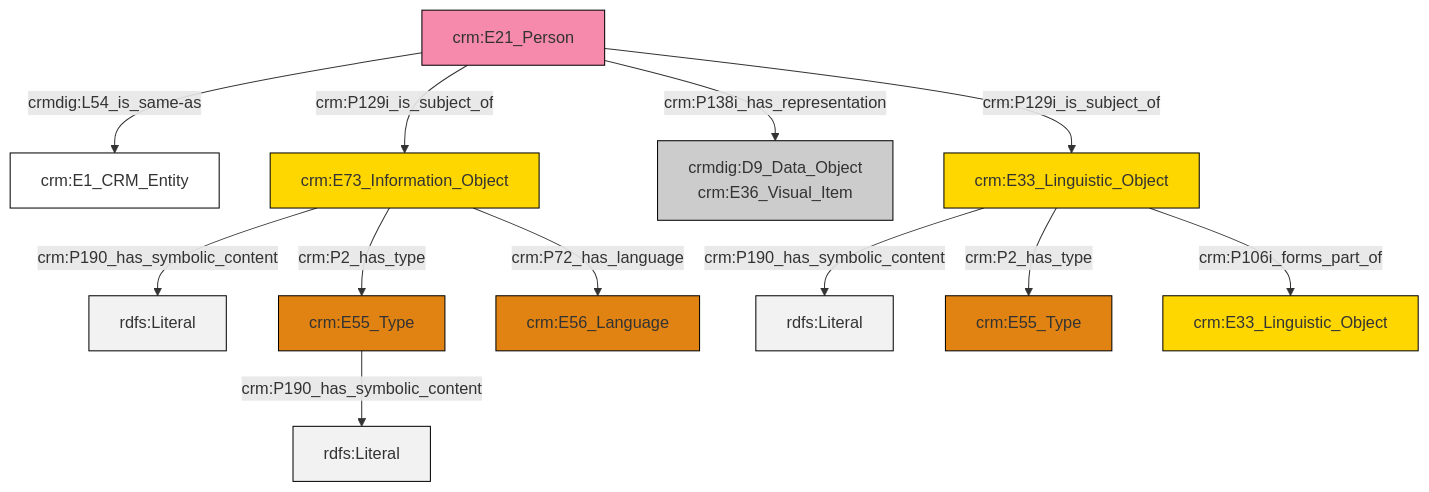
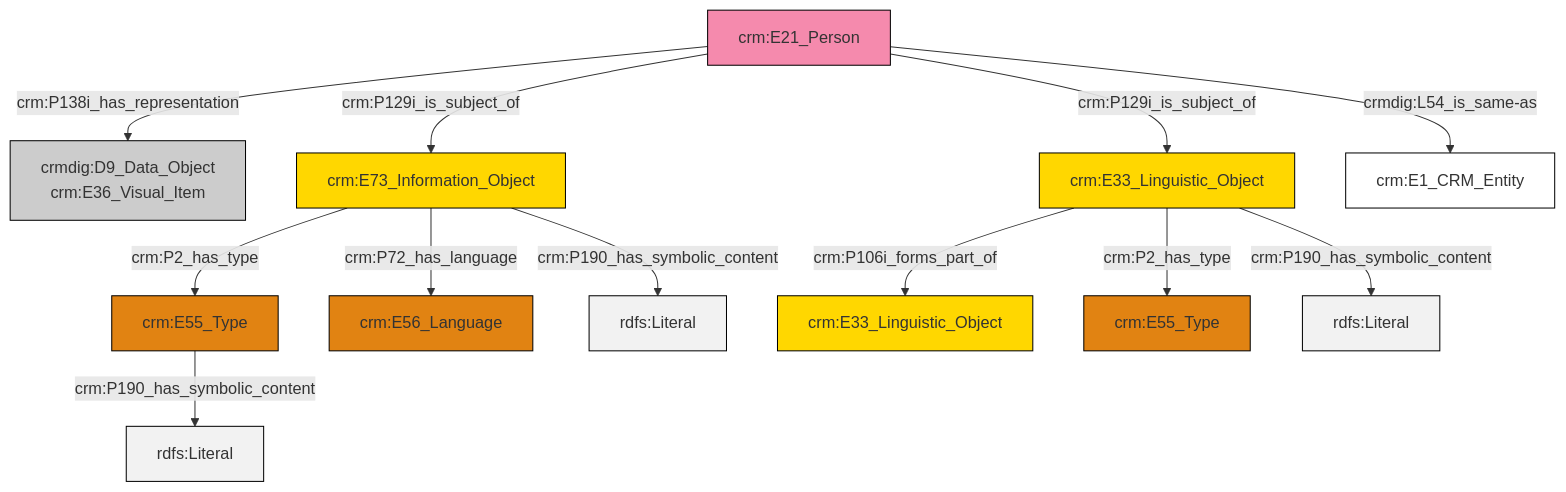
One commit to swiss-art-research-net/reference-data-models changed the diagram in et/personCSV/ttl/mmd/Person_Documentation.ttl.mmd. Above: the diagram before and after it, drawn with Mermaid. The commit also changed 129 other files, not shown here.

```diff
--- a/et/personCSV/ttl/mmd/Person_Documentation.ttl.mmd
+++ b/et/personCSV/ttl/mmd/Person_Documentation.ttl.mmd
@@ -1,26 +1,26 @@
 graph TD
 classDef Literal fill:#f2f2f2,stroke:#000000;
 classDef CRM_Entity fill:#FFFFFF,stroke:#000000;
 classDef Temporal_Entity fill:#00C9E6, stroke:#000000;
 classDef Type fill:#E18312, stroke:#000000;
 classDef Time-Span fill:#2C9C91, stroke:#000000;
 classDef Appellation fill:#FFEB7F, stroke:#000000;
 classDef Place fill:#008836, stroke:#000000;
 classDef Persistent_Item fill:#B266B2, stroke:#000000;
 classDef Conceptual_Object fill:#FFD700, stroke:#000000;
 classDef Physical_Thing fill:#D2B48C, stroke:#000000;
 classDef Actor fill:#f58aad, stroke:#000000;
 classDef PC_Classes fill:#4ce600, stroke:#000000;
 classDef Multi fill:#cccccc,stroke:#000000;
 
-2["crm:E73_Information_Object"]:::Conceptual_Object -->|crm:P190_has_symbolic_content| 3[rdfs:Literal]:::Literal
-6["crm:E33_Linguistic_Object"]:::Conceptual_Object -->|crm:P190_has_symbolic_content| 7[rdfs:Literal]:::Literal
-2["crm:E73_Information_Object"]:::Conceptual_Object -->|crm:P2_has_type| 10["crm:E55_Type"]:::Type
-8["crm:E21_Person"]:::Actor -->|crmdig:L54_is_same-as| 4["crm:E1_CRM_Entity"]:::CRM_Entity
-8["crm:E21_Person"]:::Actor -->|crm:P129i_is_subject_of| 2["crm:E73_Information_Object"]:::Conceptual_Object
-2["crm:E73_Information_Object"]:::Conceptual_Object -->|crm:P72_has_language| 0["crm:E56_Language"]:::Type
-6["crm:E33_Linguistic_Object"]:::Conceptual_Object -->|crm:P2_has_type| 15["crm:E55_Type"]:::Type
-6["crm:E33_Linguistic_Object"]:::Conceptual_Object -->|crm:P106i_forms_part_of| 11["crm:E33_Linguistic_Object"]:::Conceptual_Object
-10["crm:E55_Type"]:::Type -->|crm:P190_has_symbolic_content| 18[rdfs:Literal]:::Literal
-8["crm:E21_Person"]:::Actor -->|crm:P138i_has_representation| 13["crmdig:D9_Data_Object<br>crm:E36_Visual_Item"]:::Multi
-8["crm:E21_Person"]:::Actor -->|crm:P129i_is_subject_of| 6["crm:E33_Linguistic_Object"]:::Conceptual_Object
+0["crm:E33_Linguistic_Object"]:::Conceptual_Object -->|crm:P106i_forms_part_of| 1["crm:E33_Linguistic_Object"]:::Conceptual_Object
+4["crm:E21_Person"]:::Actor -->|crm:P138i_has_representation| 5["crmdig:D9_Data_Object<br>crm:E36_Visual_Item"]:::Multi
+4["crm:E21_Person"]:::Actor -->|crm:P129i_is_subject_of| 8["crm:E73_Information_Object"]:::Conceptual_Object
+4["crm:E21_Person"]:::Actor -->|crm:P129i_is_subject_of| 0["crm:E33_Linguistic_Object"]:::Conceptual_Object
+14["crm:E55_Type"]:::Type -->|crm:P190_has_symbolic_content| 15[rdfs:Literal]:::Literal
+0["crm:E33_Linguistic_Object"]:::Conceptual_Object -->|crm:P2_has_type| 11["crm:E55_Type"]:::Type
+8["crm:E73_Information_Object"]:::Conceptual_Object -->|crm:P2_has_type| 14["crm:E55_Type"]:::Type
+8["crm:E73_Information_Object"]:::Conceptual_Object -->|crm:P72_has_language| 17["crm:E56_Language"]:::Type
+0["crm:E33_Linguistic_Object"]:::Conceptual_Object -->|crm:P190_has_symbolic_content| 19[rdfs:Literal]:::Literal
+4["crm:E21_Person"]:::Actor -->|crmdig:L54_is_same-as| 2["crm:E1_CRM_Entity"]:::CRM_Entity
+8["crm:E73_Information_Object"]:::Conceptual_Object -->|crm:P190_has_symbolic_content| 22[rdfs:Literal]:::Literal
```
